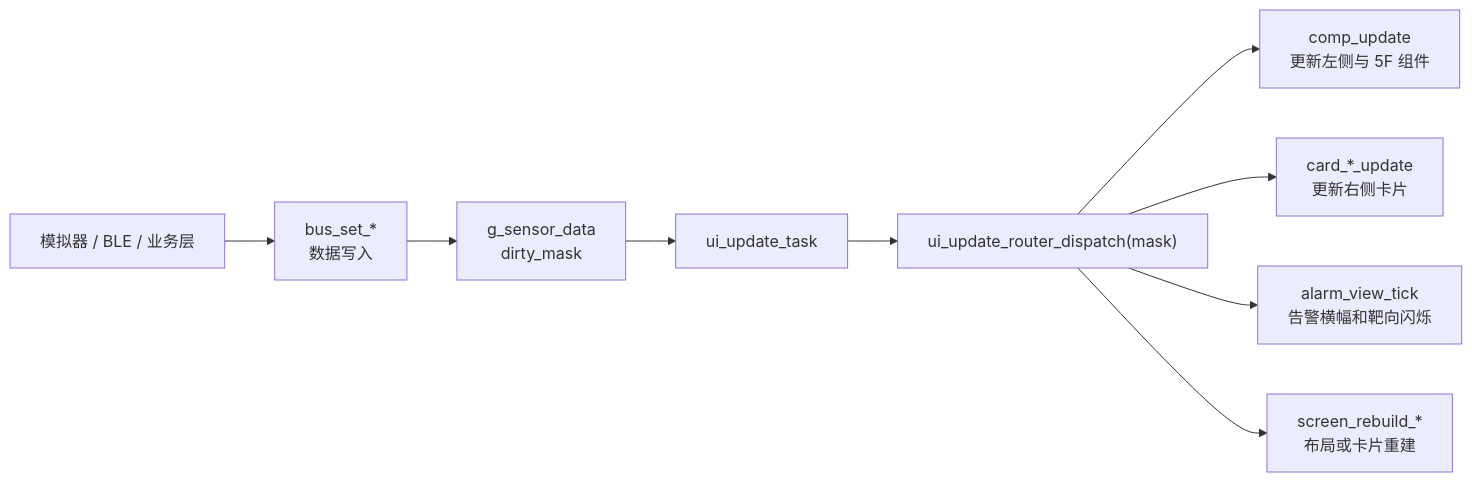
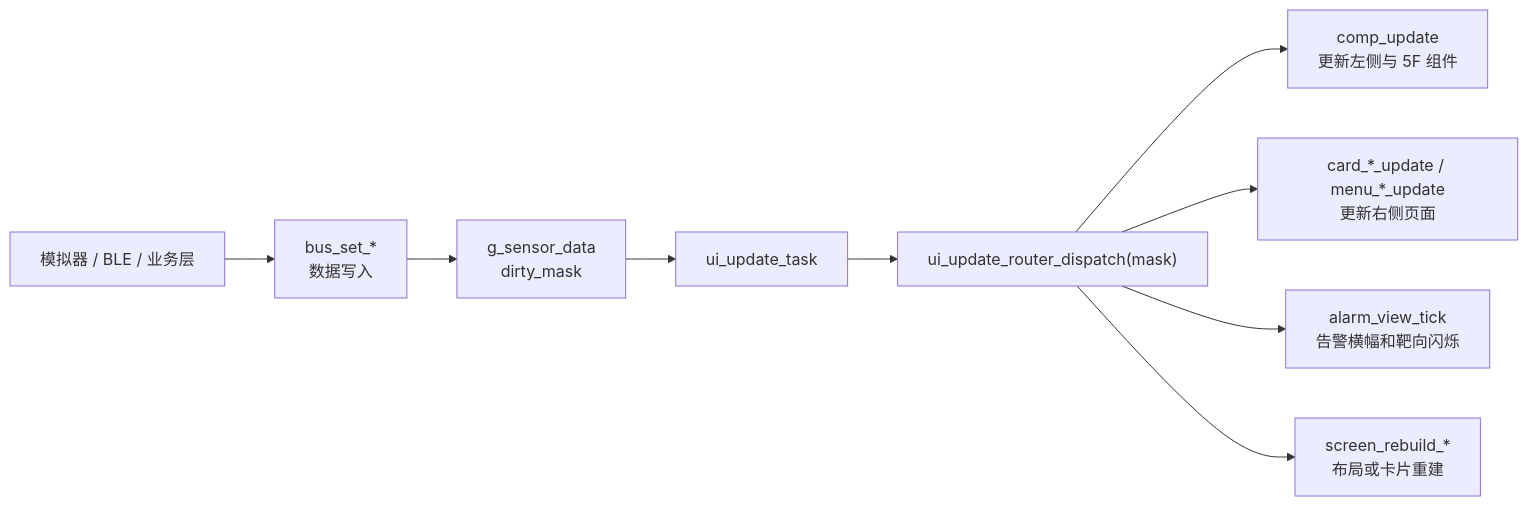
Before and after one commit to arexvision/lv_port_win_codeblocks-release-v8.3_hasGroup: the second of 6 diagrams in UI_html_DOC/UI_MODULE_MAP.md, drawn with Mermaid. The commit also changed other lines of this file and 21 other files, not shown here.

````diff
--- a/UI_html_DOC/UI_MODULE_MAP.md
+++ b/UI_html_DOC/UI_MODULE_MAP.md
@@ -54,11 +54,11 @@
 ```mermaid
 flowchart LR
     Sim["模拟器 / BLE / 业务层"] --> Bus["bus_set_*<br/>数据写入"]
     Bus --> Sensor["g_sensor_data<br/>dirty_mask"]
     Sensor --> Tick["ui_update_task"]
     Tick --> Router["ui_update_router_dispatch(mask)"]
     Router --> Widgets["comp_update<br/>更新左侧与 5F 组件"]
-    Router --> Cards["card_*_update<br/>更新右侧卡片"]
+    Router --> Cards["card_*_update / menu_*_update<br/>更新右侧页面"]
     Router --> AlarmView["alarm_view_tick<br/>告警横幅和靶向闪烁"]
     Router --> ScreenRebuild["screen_rebuild_*<br/>布局或卡片重建"]
 ```
````
